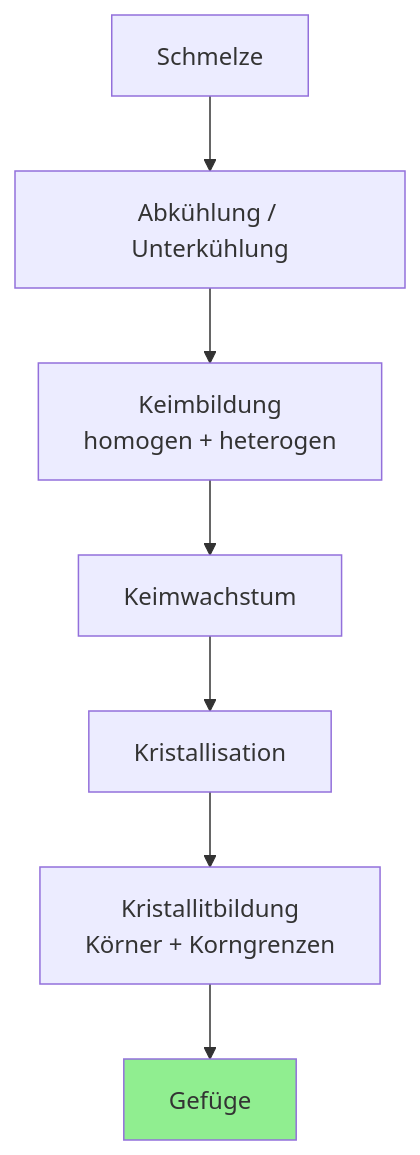
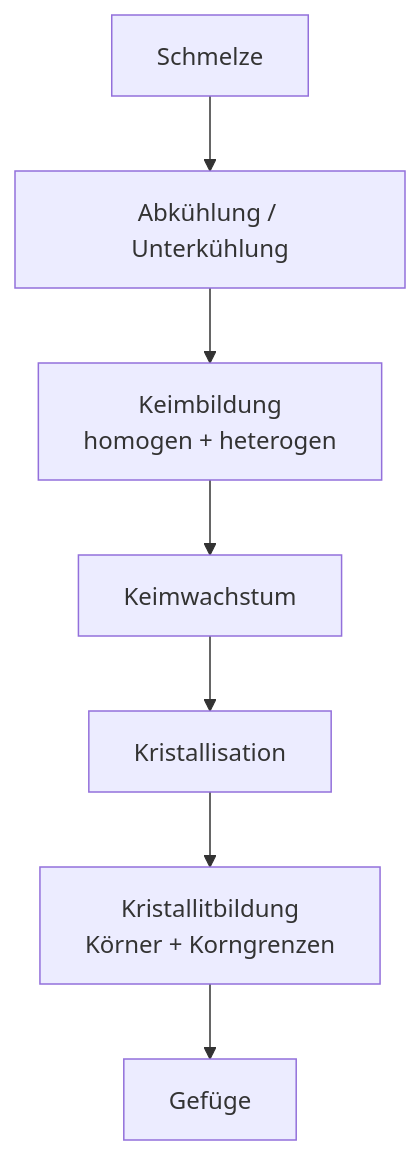
The diagram in wst_mb_04/index.md (CWillberg/Lectures), drawn with Mermaid before and after one commit.

````diff
--- a/wst_mb_04/index.md
+++ b/wst_mb_04/index.md
@@ -420,10 +420,9 @@
 ```mermaid
 graph TD
     A[Schmelze] --> B[Abkühlung / Unterkühlung]
     B --> C[Keimbildung<br/>homogen + heterogen]
     C --> D[Keimwachstum]
     D --> E[Kristallisation]
     E --> F[Kristallitbildung<br/>Körner + Korngrenzen]
     F --> G[Gefüge]
-    style G fill:#90EE90
 ```
````
